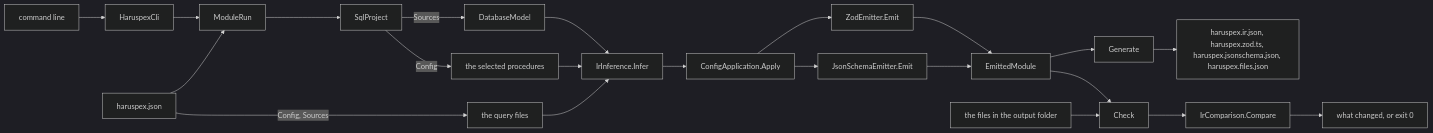
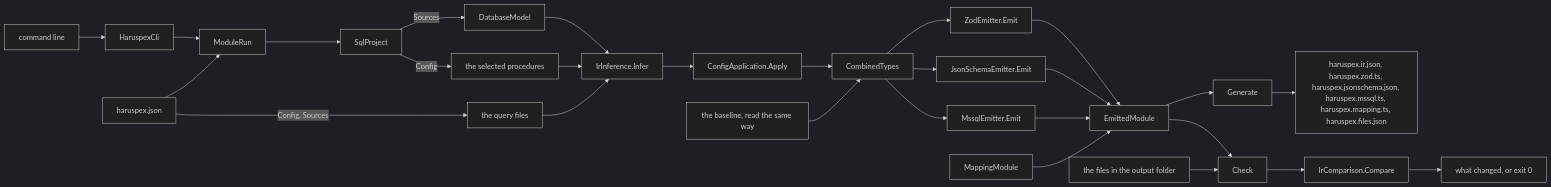
Before and after one commit to haruspex-tools/haruspex: the diagram in src/Haruspex.Cli/README.md, drawn with Mermaid (dark theme). The commit also changed other lines of this file and 5 other files, not shown here.

````diff
--- a/src/Haruspex.Cli/README.md
+++ b/src/Haruspex.Cli/README.md
@@ -19,24 +23,29 @@
 ```mermaid
 flowchart LR
     args["command line"] --> cli["HaruspexCli"]
     cli --> run["ModuleRun"]
     configFile["haruspex.json"] --> run
     run --> project["SqlProject"]
     project -->|Sources| model["DatabaseModel"]
     project -->|Config| selected["the selected procedures"]
     configFile -->|"Config, Sources"| queries["the query files"]
     queries --> infer
     model --> infer["IrInference.Infer"]
     selected --> infer
     infer --> apply["ConfigApplication.Apply"]
-    apply --> zod["ZodEmitter.Emit"]
-    apply --> jsonSchema["JsonSchemaEmitter.Emit"]
+    baseline["the baseline, read the same way"] --> combined["CombinedTypes"]
+    apply --> combined
+    combined --> zod["ZodEmitter.Emit"]
+    combined --> jsonSchema["JsonSchemaEmitter.Emit"]
+    combined --> mssql["MssqlEmitter.Emit"]
+    mapping["MappingModule"] --> emitted
     zod --> emitted["EmittedModule"]
     jsonSchema --> emitted
+    mssql --> emitted
     emitted --> generate["Generate"]
-    generate --> files["haruspex.ir.json, haruspex.zod.ts, haruspex.jsonschema.json, haruspex.files.json"]
+    generate --> files["haruspex.ir.json, haruspex.zod.ts, haruspex.jsonschema.json, haruspex.mssql.ts, haruspex.mapping.ts, haruspex.files.json"]
     emitted --> check["Check"]
     committed["the files in the output folder"] --> check
     check --> compare["IrComparison.Compare"]
     compare --> changes["what changed, or exit 0"]
 ```
````
